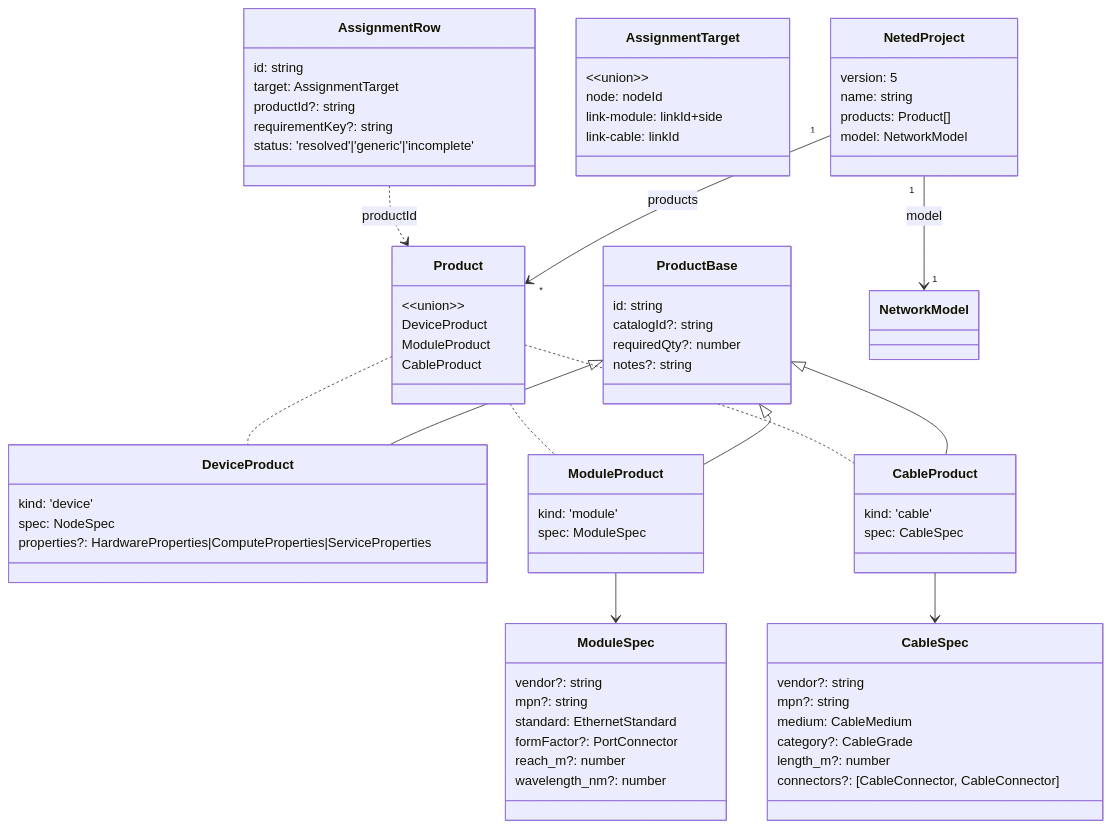
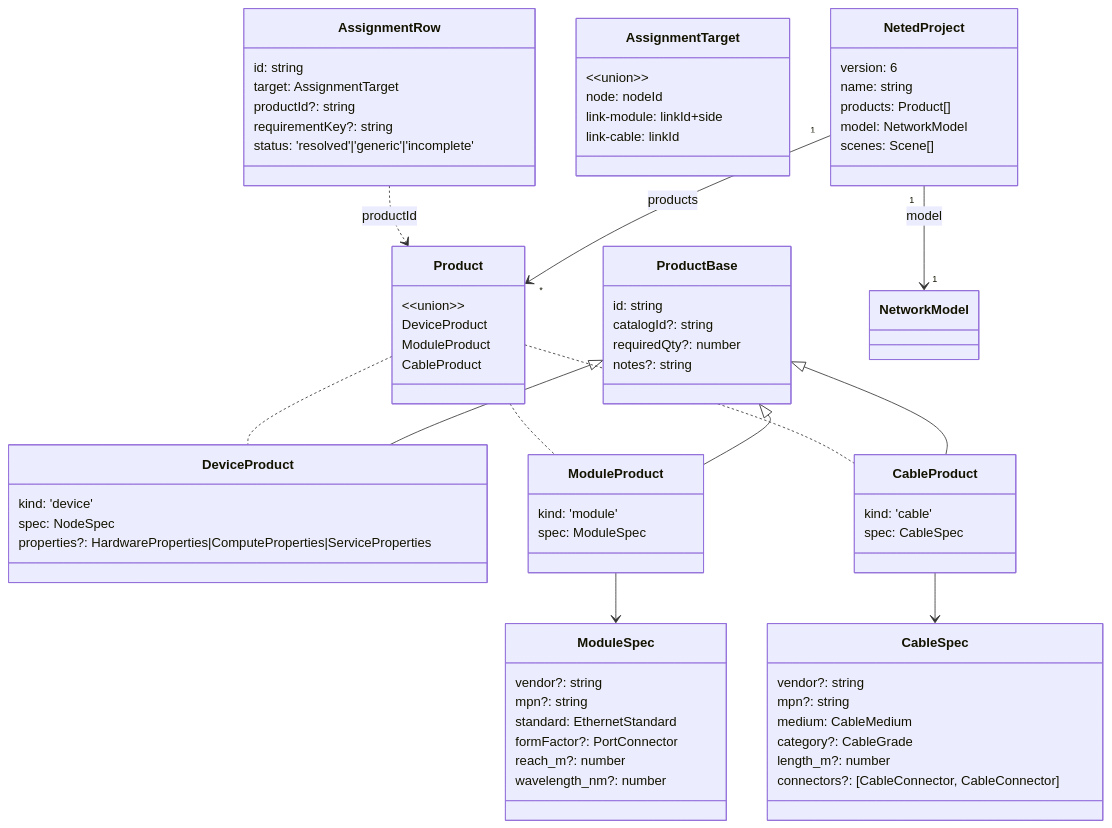
The third of 4 diagrams in apps/editor/docs/design/data-model.md (konoe-akitoshi/shumoku), drawn with Mermaid before and after one commit. The commit also changed other lines of this file and 115 other files, not shown here.

```diff
--- a/apps/editor/docs/design/data-model.md
+++ b/apps/editor/docs/design/data-model.md
@@ -206,10 +209,11 @@
   }
 
   class NetedProject {
-    version: 5
+    version: 6
     name: string
     products: Product[]
     model: NetworkModel
+    scenes: Scene[]
   }
 
   class AssignmentTarget {
```
